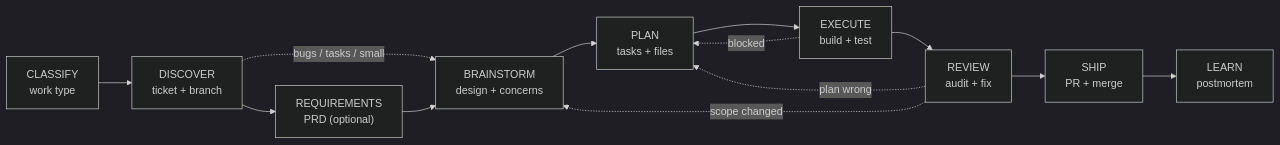
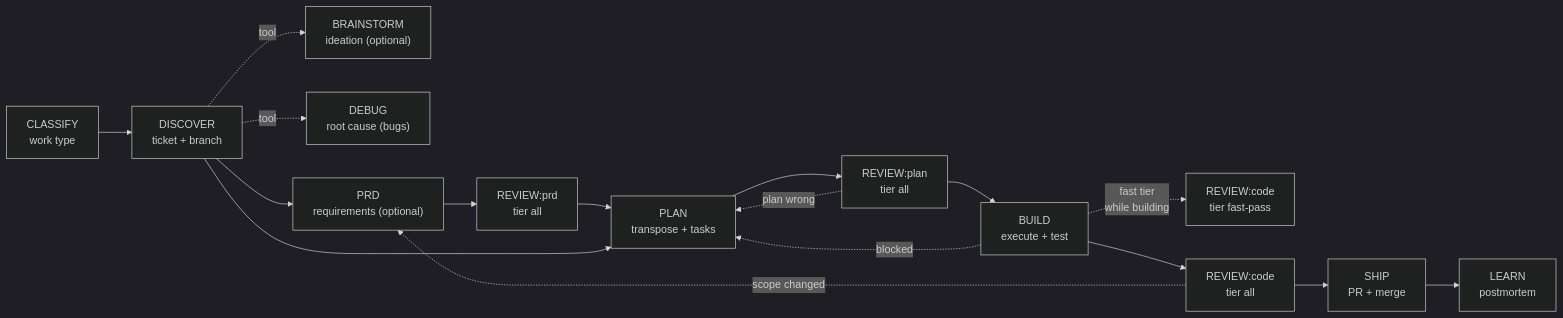
The first of 2 diagrams in core/skills/kickoff/SKILL.md (duronext/jig), drawn with Mermaid (dark theme) before and after one commit. The commit also changed other lines of this file, not shown here.

First line of the commit message:
refactor(core): kickoff diagram + transitions reflect new pipeline shape

````diff
--- a/core/skills/kickoff/SKILL.md
+++ b/core/skills/kickoff/SKILL.md
@@ -45,16 +45,20 @@
 ```mermaid
 graph LR
   classify["CLASSIFY<br/>work type"] --> discover["DISCOVER<br/>ticket + branch"]
-  discover --> requirements["REQUIREMENTS<br/>PRD (optional)"]
-  discover -.->|bugs / tasks / small| brainstorm
-  requirements --> brainstorm["BRAINSTORM<br/>design + concerns"]
-  brainstorm --> plan["PLAN<br/>tasks + files"]
-  plan --> execute["EXECUTE<br/>build + test"]
-  execute --> review["REVIEW<br/>audit + fix"]
-  review --> ship["SHIP<br/>PR + merge"]
+  discover -.->|tool| brainstorm["BRAINSTORM<br/>ideation (optional)"]
+  discover -.->|tool| debug["DEBUG<br/>root cause (bugs)"]
+  discover --> prd["PRD<br/>requirements (optional)"]
+  prd --> review_prd["REVIEW:prd<br/>tier all"]
+  review_prd --> plan["PLAN<br/>transpose + tasks"]
+  discover --> plan
+  plan --> review_plan["REVIEW:plan<br/>tier all"]
+  review_plan --> build["BUILD<br/>execute + test"]
+  build -.->|fast tier<br/>while building| review_code_fast["REVIEW:code<br/>tier fast-pass"]
+  build --> review_code["REVIEW:code<br/>tier all"]
+  review_code --> ship["SHIP<br/>PR + merge"]
   ship --> learn["LEARN<br/>postmortem"]
 
-  review -.->|plan wrong| plan
-  review -.->|scope changed| brainstorm
-  execute -.->|blocked| plan
+  review_plan -.->|plan wrong| plan
+  review_code -.->|scope changed| prd
+  build -.->|blocked| plan
 ```
````
